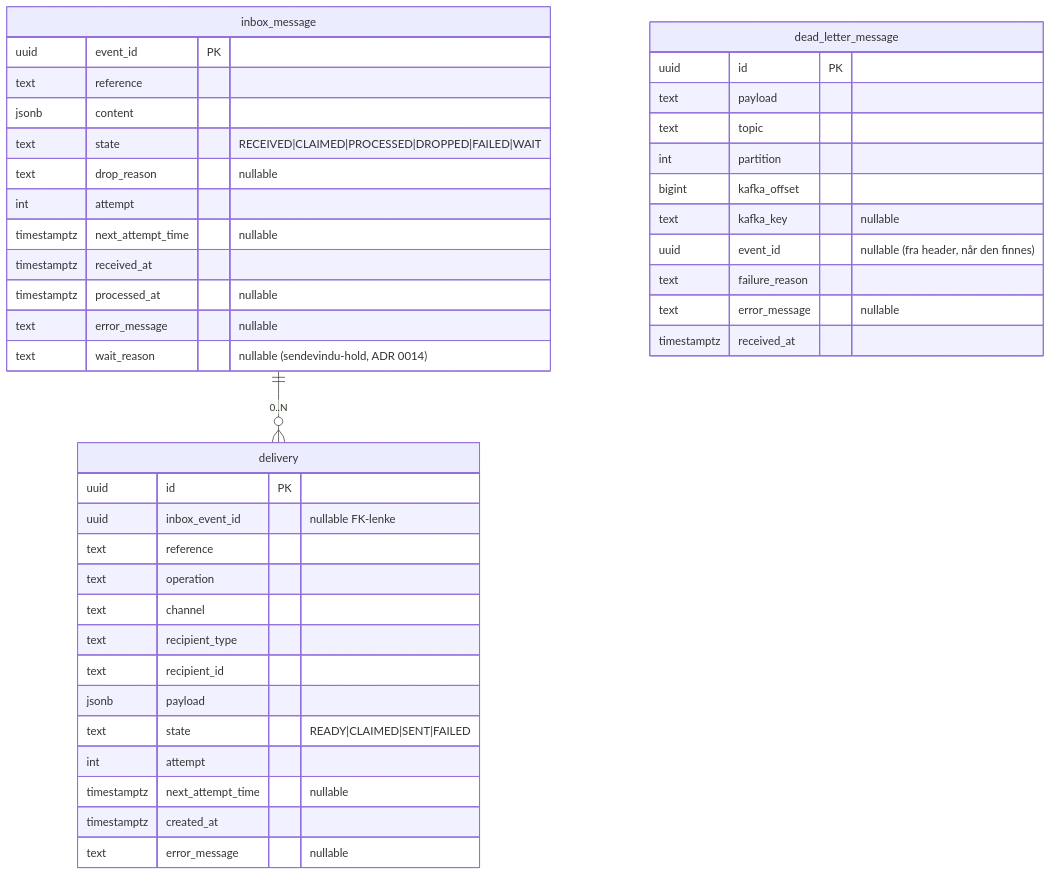
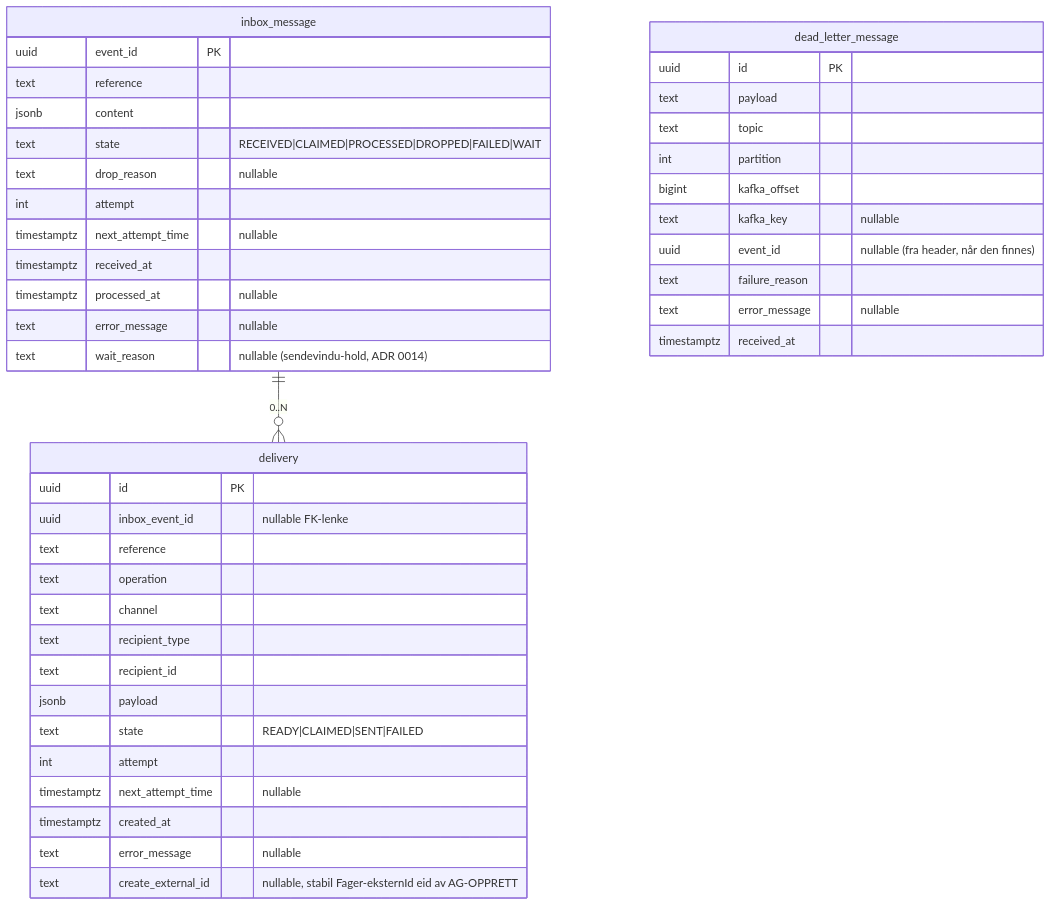
Before and after one commit to navikt/syfo-budstikka: the diagram in docs/datamodell.md, drawn with Mermaid. The commit also changed other lines of this file and 36 other files, not shown here.

````diff
--- a/docs/datamodell.md
+++ b/docs/datamodell.md
@@ -8,47 +8,48 @@
 ```mermaid
 erDiagram
     inbox_message ||--o{ delivery : "0..N"
 
     inbox_message {
         uuid        event_id PK
         text        reference
         jsonb       content
         text        state "RECEIVED|CLAIMED|PROCESSED|DROPPED|FAILED|WAIT"
         text        drop_reason "nullable"
         int         attempt
         timestamptz next_attempt_time "nullable"
         timestamptz received_at
         timestamptz processed_at "nullable"
         text        error_message "nullable"
         text        wait_reason "nullable (sendevindu-hold, ADR 0014)"
     }
 
     delivery {
         uuid        id PK
         uuid        inbox_event_id "nullable FK-lenke"
         text        reference
         text        operation
         text        channel
         text        recipient_type
         text        recipient_id
         jsonb       payload
         text        state "READY|CLAIMED|SENT|FAILED"
         int         attempt
         timestamptz next_attempt_time "nullable"
         timestamptz created_at
         text        error_message "nullable"
+        text        create_external_id "nullable, stabil Fager-eksternId eid av AG-OPPRETT"
     }
 
     dead_letter_message {
         uuid        id PK
         text        payload
         text        topic
         int         partition
         bigint      kafka_offset
         text        kafka_key "nullable"
         uuid        event_id "nullable (fra header, når den finnes)"
         text        failure_reason
         text        error_message "nullable"
         timestamptz received_at
     }
 ```
````
